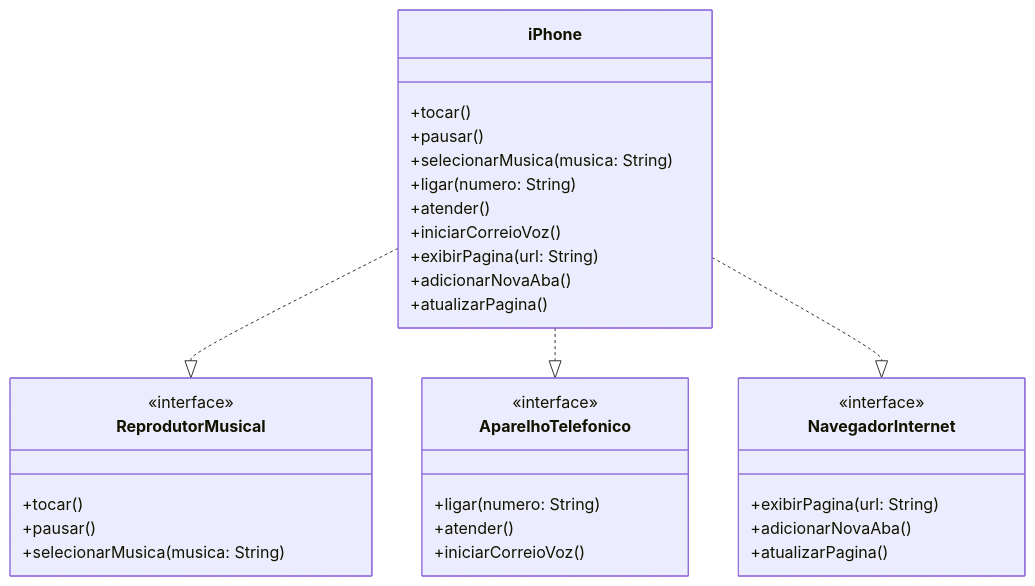
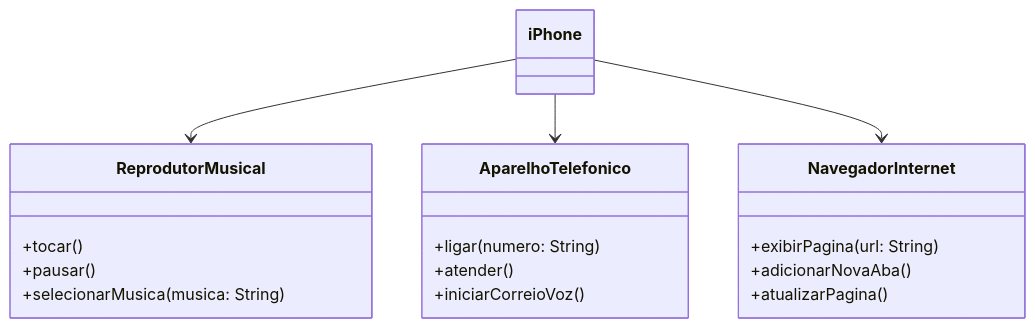
Before and after one commit to ronei-alves/dio-trilha-java-poo: the diagram in README.md, drawn with Mermaid.

````diff
--- a/README.md
+++ b/README.md
@@ -1,35 +1,27 @@
 ```mermaid
 classDiagram
     class ReprodutorMusical {
-        <<interface>>
         +tocar()
         +pausar()
         +selecionarMusica(musica: String)
     }
+
     class AparelhoTelefonico {
-        <<interface>>
         +ligar(numero: String)
         +atender()
         +iniciarCorreioVoz()
     }
+
     class NavegadorInternet {
-        <<interface>>
         +exibirPagina(url: String)
         +adicionarNovaAba()
         +atualizarPagina()
     }
+
     class iPhone {
-        +tocar()
-        +pausar()
-        +selecionarMusica(musica: String)
-        +ligar(numero: String)
-        +atender()
-        +iniciarCorreioVoz()
-        +exibirPagina(url: String)
-        +adicionarNovaAba()
-        +atualizarPagina()
     }
-    iPhone ..|> ReprodutorMusical
-    iPhone ..|> AparelhoTelefonico
-    iPhone ..|> NavegadorInternet
+
+    iPhone --> ReprodutorMusical
+    iPhone --> AparelhoTelefonico
+    iPhone --> NavegadorInternet
 ```
````
